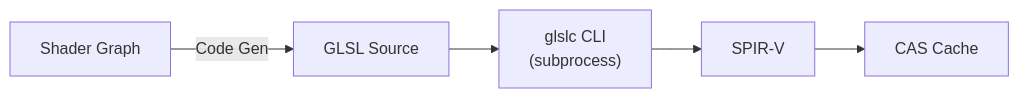
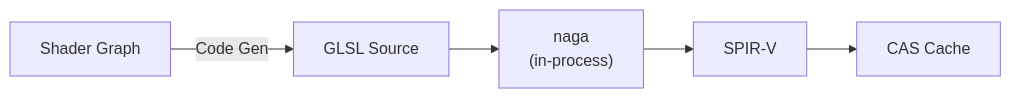
One commit to harmonius-dev/harmonius changed the second of 7 diagrams in docs/design/content-pipeline/asset-processing.md. Above: the diagram before and after it, drawn with Mermaid. The commit also changed other lines of this file and 68 other files, not shown here.

First line of the commit message:
chore: update shader compilation process to use naga

````diff
--- a/docs/design/content-pipeline/asset-processing.md
+++ b/docs/design/content-pipeline/asset-processing.md
@@ -223,13 +223,14 @@
 ```mermaid
 flowchart LR
     SG["Shader Graph"]
     GLSL["GLSL Source"]
-    glslc["glslc CLI\n(subprocess)"]
+    naga["naga
+(in-process)"]
     SPIRV["SPIR-V"]
     CACHE["CAS Cache"]
 
     SG -->|Code Gen| GLSL
-    GLSL --> glslc
-    glslc --> SPIRV
+    GLSL --> naga
+    naga --> SPIRV
     SPIRV --> CACHE
 ```
````
